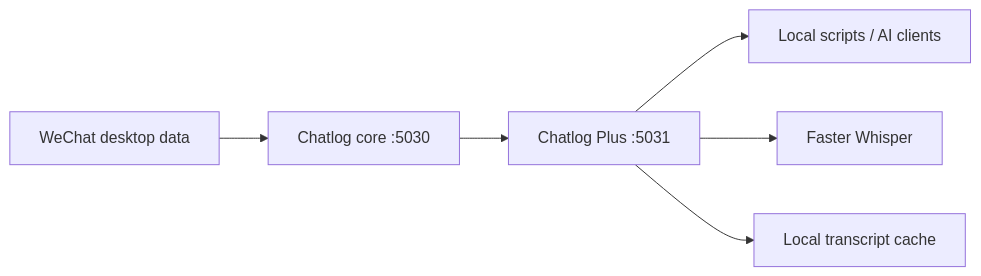
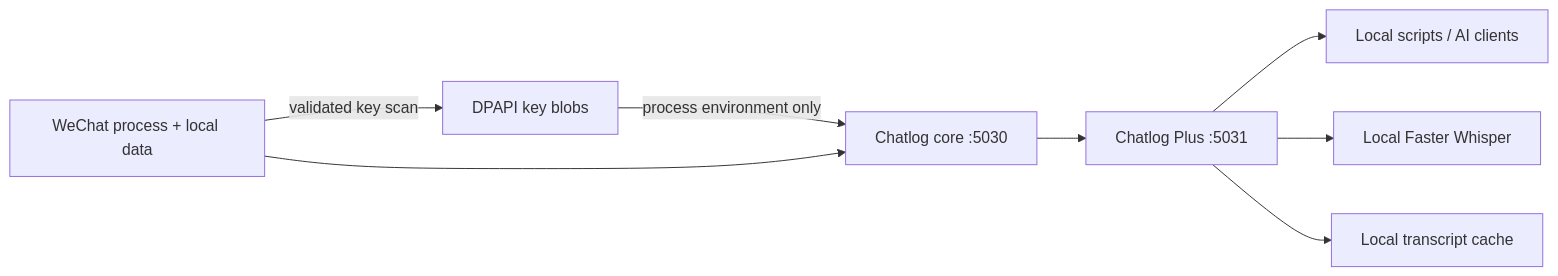
The diagram in README.md (wytnzs/wechat-chatlog-plus), drawn with Mermaid before and after one commit. The commit also changed other lines of this file and 17 other files, not shown here.

Commit message:
Add reproducible local Chatlog stack

````diff
--- a/README.md
+++ b/README.md
@@ -12,8 +17,10 @@
 ```mermaid
 flowchart LR
-    W[WeChat desktop data] --> C[Chatlog core :5030]
+    W[WeChat process + local data] -->|validated key scan| K[DPAPI key blobs]
+    K -->|process environment only| C[Chatlog core :5030]
+    W --> C
     C --> P[Chatlog Plus :5031]
     P --> A[Local scripts / AI clients]
-    P --> F[Faster Whisper]
+    P --> F[Local Faster Whisper]
     P --> S[Local transcript cache]
 ```
````
